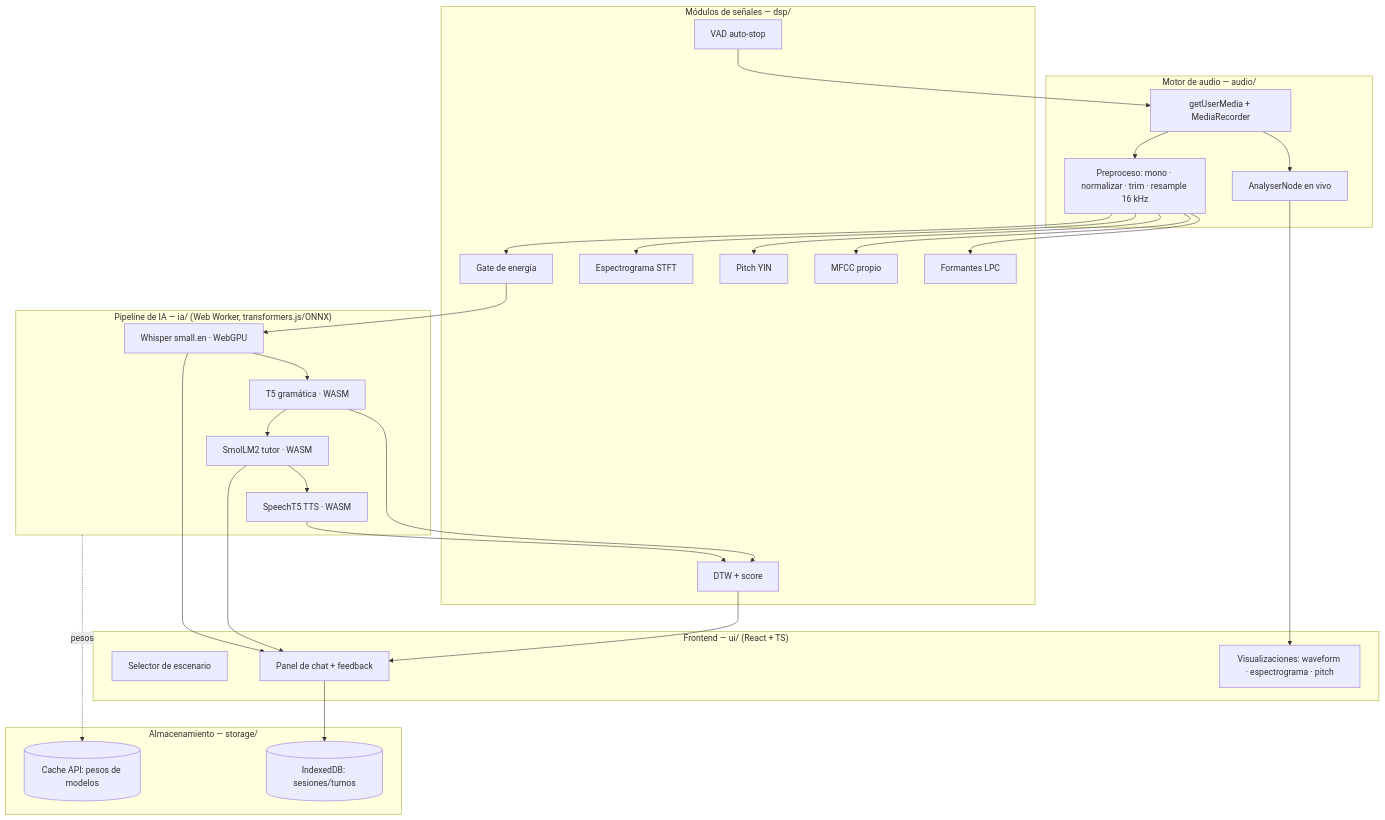
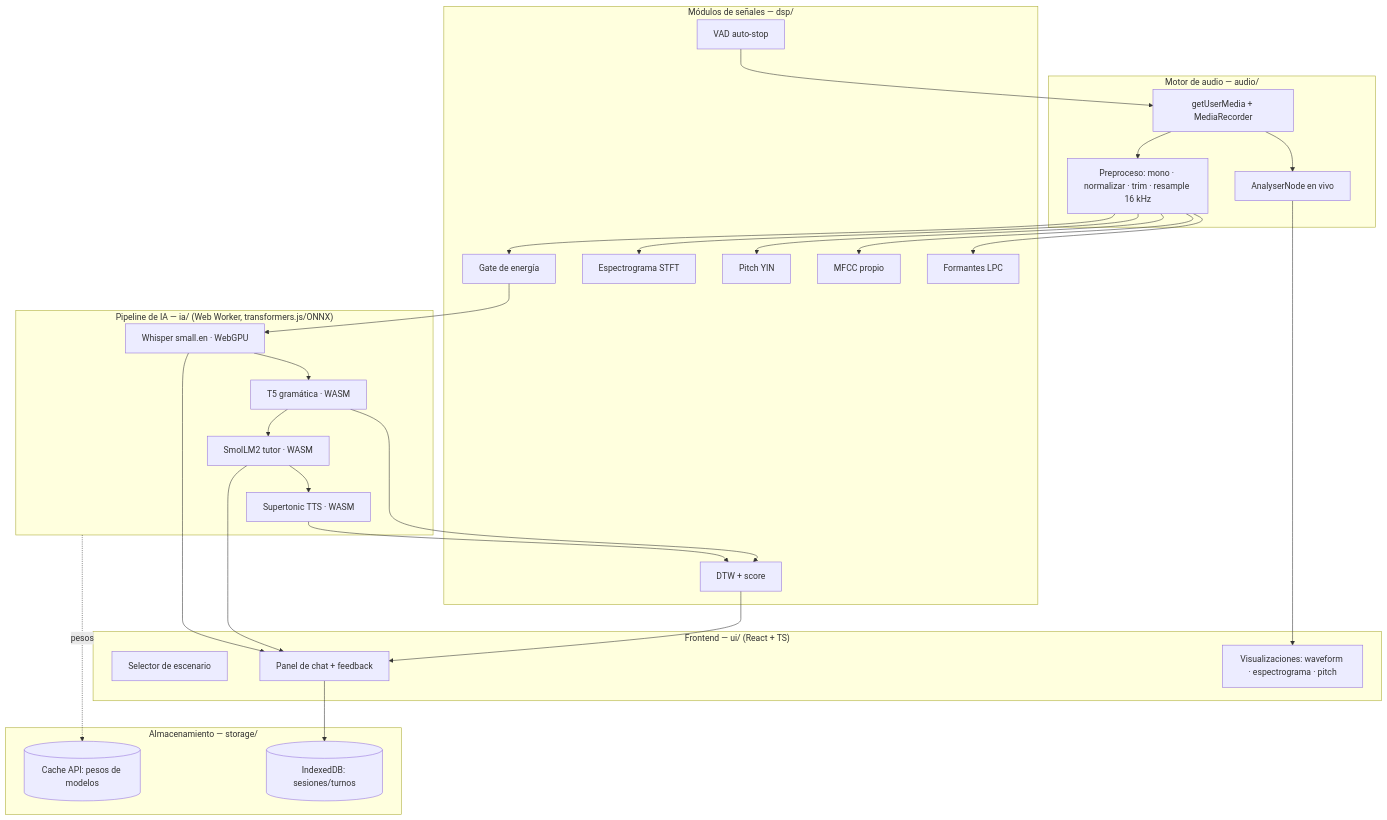
Before and after one commit to JoseJahel/my-personal-english-teacher: the first of 2 diagrams in Documentacion general/documento-tecnico.md, drawn with Mermaid. The commit also changed other lines of this file and 9 other files, not shown here.

````diff
--- a/Documentacion general/documento-tecnico.md
+++ b/Documentacion general/documento-tecnico.md
@@ -78,45 +80,45 @@
 ```mermaid
 flowchart TD
     subgraph UI["Frontend — ui/ (React + TS)"]
         SC[Selector de escenario]
         CHAT[Panel de chat + feedback]
         VIS[Visualizaciones: waveform · espectrograma · pitch]
     end
     subgraph AUD["Motor de audio — audio/"]
         MIC[getUserMedia + MediaRecorder]
         AN[AnalyserNode en vivo]
         PRE[Preproceso: mono · normalizar · trim · resample 16 kHz]
     end
     subgraph DSP["Módulos de señales — dsp/"]
         GATE[Gate de energía]
         VAD[VAD auto-stop]
         SPEC[Espectrograma STFT]
         YIN[Pitch YIN]
         MFCC[MFCC propio]
         FORM[Formantes LPC]
         DTW[DTW + score]
     end
     subgraph IA["Pipeline de IA — ia/ (Web Worker, transformers.js/ONNX)"]
         ASR[Whisper small.en · WebGPU]
         GRAM[T5 gramática · WASM]
         TUTOR[SmolLM2 tutor · WASM]
-        TTS[SpeechT5 TTS · WASM]
+        TTS[Supertonic TTS · WASM]
     end
     subgraph STO["Almacenamiento — storage/"]
         CACHE[(Cache API: pesos de modelos)]
         IDB[(IndexedDB: sesiones/turnos)]
     end
 
     MIC --> AN --> VIS
     MIC --> PRE --> GATE --> ASR
     PRE --> SPEC & YIN & MFCC & FORM
     ASR --> GRAM --> TUTOR --> TTS
     GRAM --> DTW
     TTS --> DTW
     DTW --> CHAT
     TUTOR --> CHAT
     ASR --> CHAT
     IA -.pesos.-> CACHE
     CHAT --> IDB
     VAD --> MIC
 ```
````
